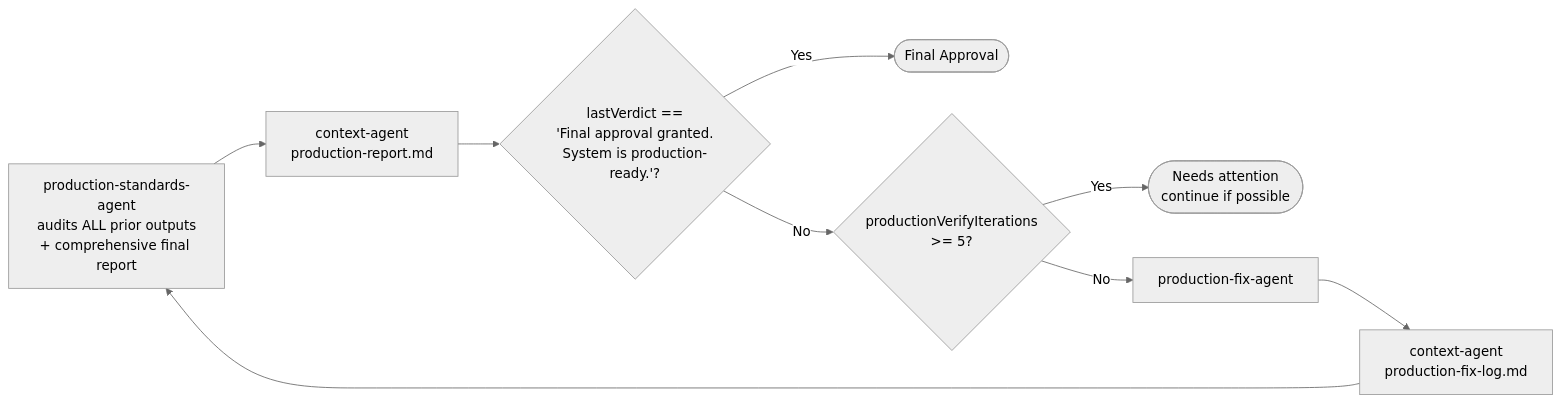
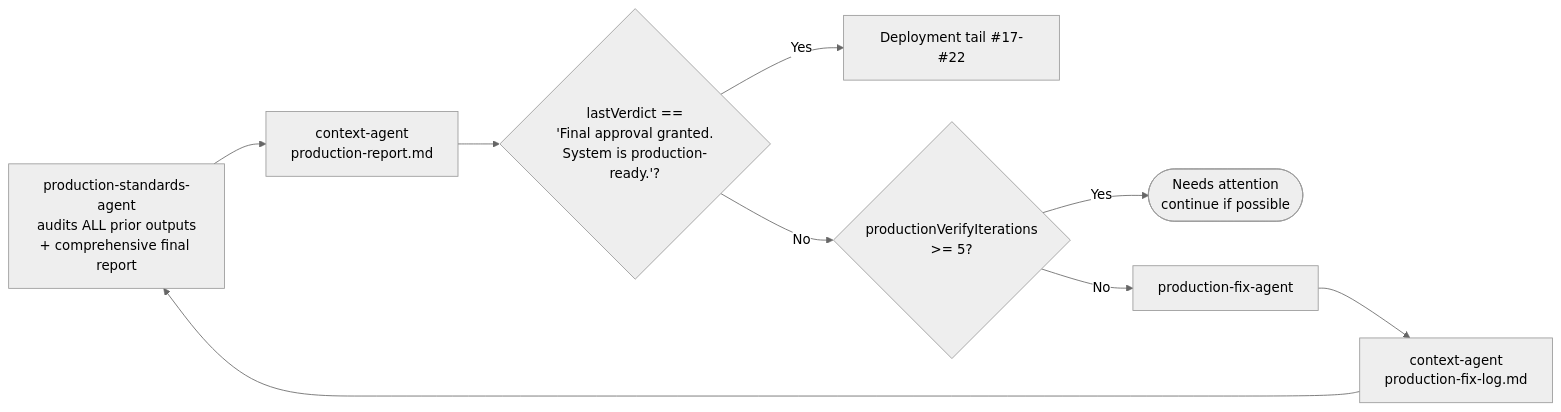
Diagram 13 of 18 in .cursor/agents/ARCHITECTURE.md (Raghavendrareddyn04/cursor-agents), drawn with Mermaid (neutral theme) before and after one commit. The commit also changed other lines of this file and 48 other files, not shown here.

````diff
--- a/.cursor/agents/ARCHITECTURE.md
+++ b/.cursor/agents/ARCHITECTURE.md
@@ -579,11 +579,11 @@
 ```mermaid
 flowchart LR
     A["production-standards-agent<br/>audits ALL prior outputs<br/>+ comprehensive final report"] --> B["context-agent<br/>production-report.md"]
     B --> C{"lastVerdict ==<br/>'Final approval granted.<br/>System is production-ready.'?"}
-    C -->|Yes| Exit([Final Approval])
+    C -->|Yes| DEPLOY[Deployment tail #17-#22]
     C -->|No| D{productionVerifyIterations<br/>>= 5?}
     D -->|Yes| Stop([Needs attention<br/>continue if possible])
     D -->|No| E[production-fix-agent]
     E --> F["context-agent<br/>production-fix-log.md"]
     F --> A
 ```
````
